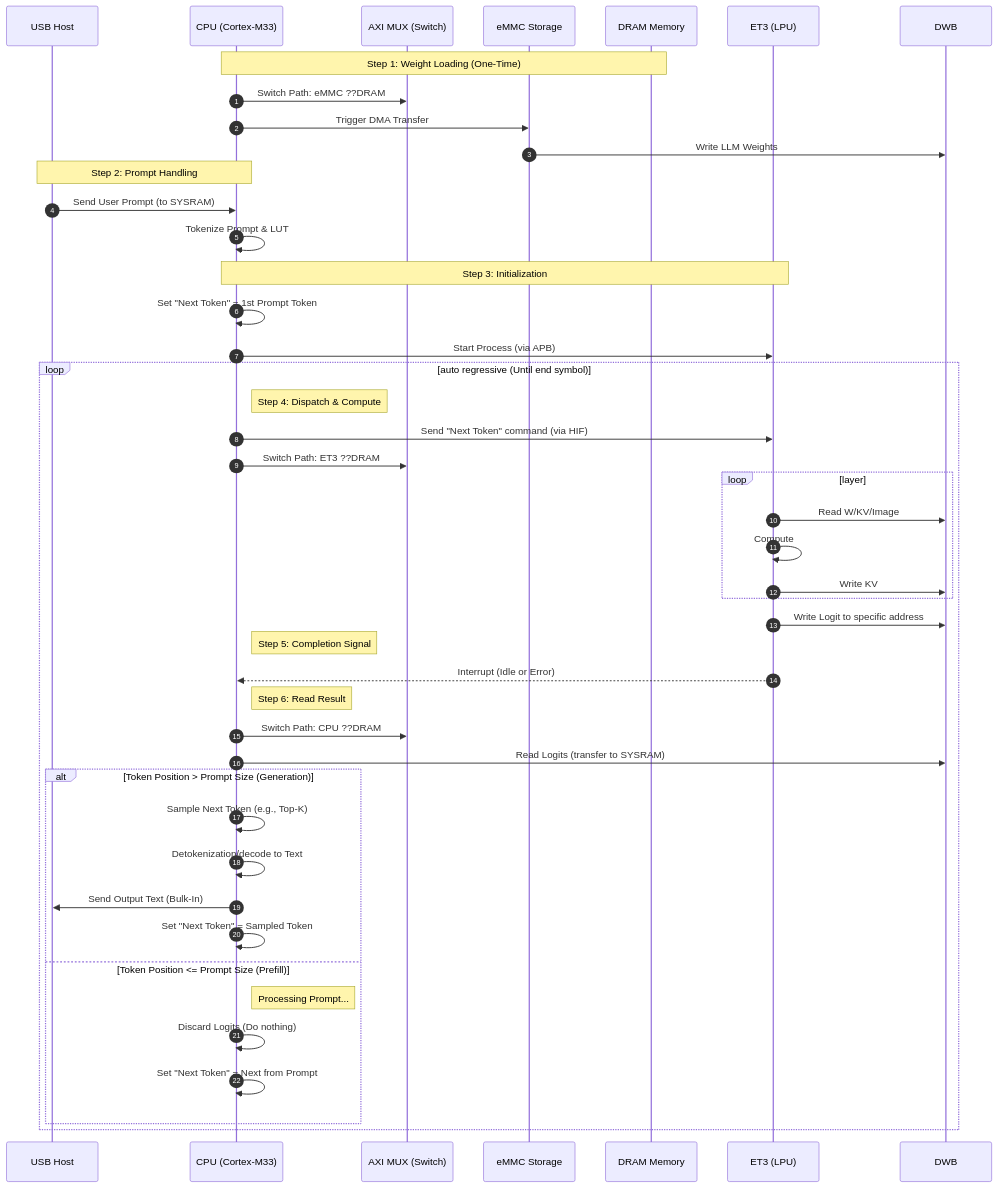
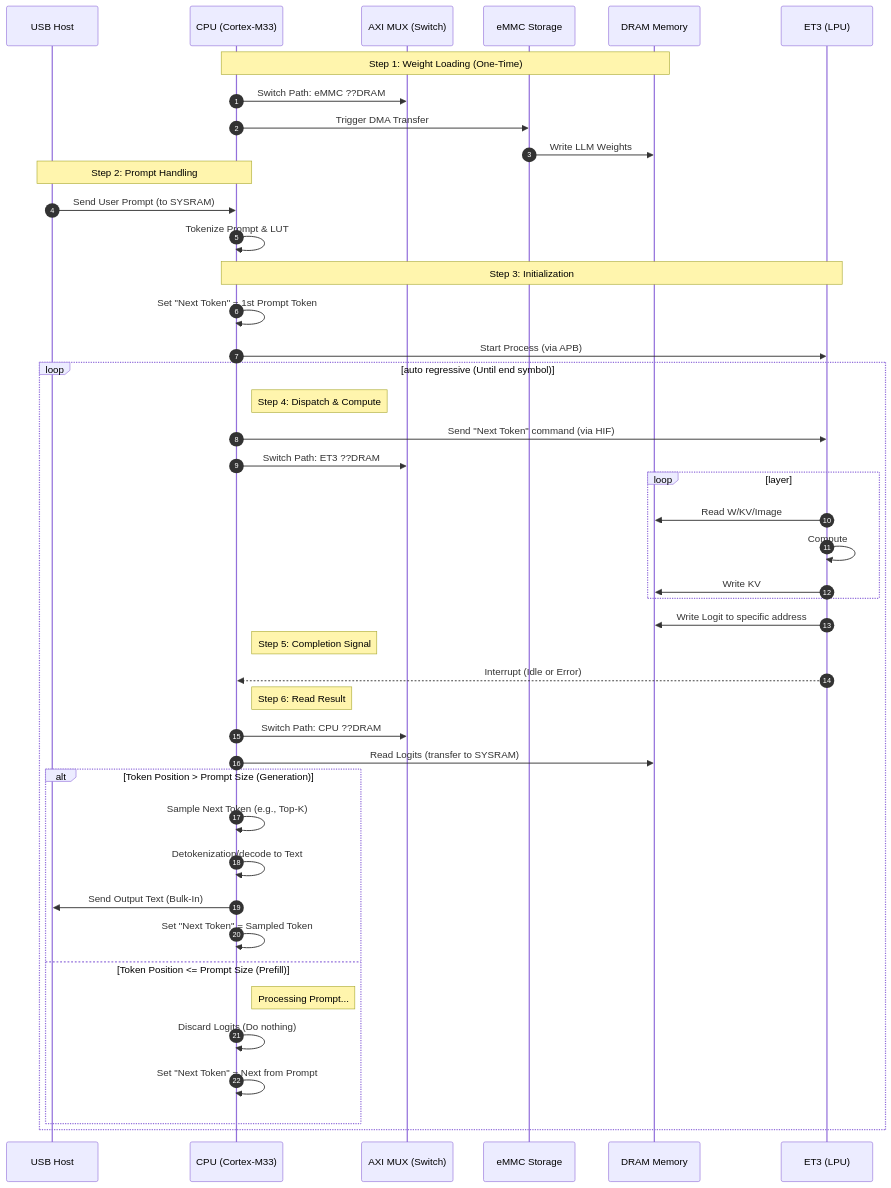
The first of 4 diagrams in HUN_0503_Inference.md (lcf0929/Test), drawn with Mermaid before and after one commit. The commit also changed other lines of this file, not shown here.

````diff
--- a/HUN_0503_Inference.md
+++ b/HUN_0503_Inference.md
@@ -3,52 +3,52 @@
 ```mermaid Text-to-Text Single Model
 sequenceDiagram
     autonumber
     participant USB as USB Host
     participant CPU as CPU (Cortex-M33)
     participant MUX as AXI MUX (Switch)
     participant eMMC as eMMC Storage
     participant DRAM as DRAM Memory
     participant ET3 as ET3 (LPU)
 
     note over CPU, DRAM: Step 1: Weight Loading (One-Time)
     CPU->>MUX: Switch Path: eMMC ??DRAM
     CPU->>eMMC: Trigger DMA Transfer
-    eMMC->>DWB: Write LLM Weights 
+    eMMC->>DRAM: Write LLM Weights 
     
     note over USB, CPU: Step 2: Prompt Handling
     USB->>CPU: Send User Prompt (to SYSRAM)
     CPU->>CPU: Tokenize Prompt & LUT
     
     note over CPU, ET3: Step 3: Initialization
     CPU->>CPU: Set "Next Token" = 1st Prompt Token
     CPU->>ET3:  Start Process (via APB)
     loop auto regressive (Until end symbol)
         note right of CPU: Step 4: Dispatch & Compute
         CPU->>ET3: Send "Next Token" command (via HIF)
         CPU->>MUX: Switch Path: ET3 ??DRAM
         
         loop layer
-            ET3->>DWB: Read W/KV/Image
+            ET3->>DRAM: Read W/KV/Image
             ET3->>ET3: Compute
-            ET3->>DWB: Write KV
+            ET3->>DRAM: Write KV
         end
-        ET3->>DWB: Write Logit to specific address
+        ET3->>DRAM: Write Logit to specific address
         note right of CPU: Step 5: Completion Signal
         ET3-->>CPU: Interrupt (Idle or Error)
         
         note right of CPU: Step 6: Read Result
         CPU->>MUX: Switch Path: CPU ??DRAM
-        CPU->>DWB: Read Logits (transfer to SYSRAM)
+        CPU->>DRAM: Read Logits (transfer to SYSRAM)
         
         alt Token Position > Prompt Size (Generation)
             CPU->>CPU: Sample Next Token (e.g., Top-K)
             CPU->>CPU: Detokenization/decode to Text
             CPU->>USB: Send Output Text (Bulk-In)
             CPU->>CPU: Set "Next Token" = Sampled Token
         else Token Position <= Prompt Size (Prefill)
             note right of CPU: Processing Prompt...
             CPU->>CPU: Discard Logits (Do nothing)
             CPU->>CPU: Set "Next Token" = Next from Prompt
         end
     end
 ```
````
